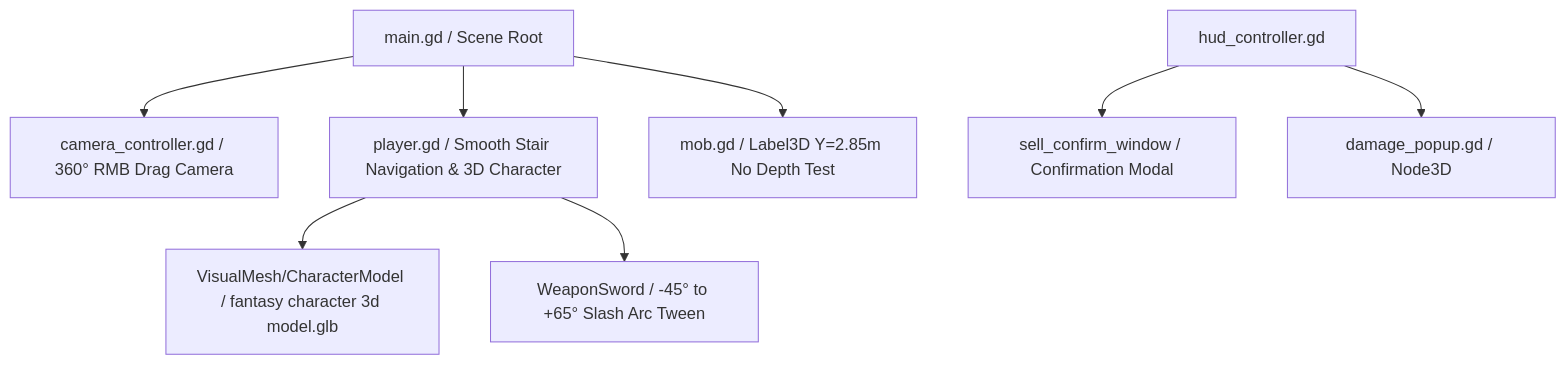
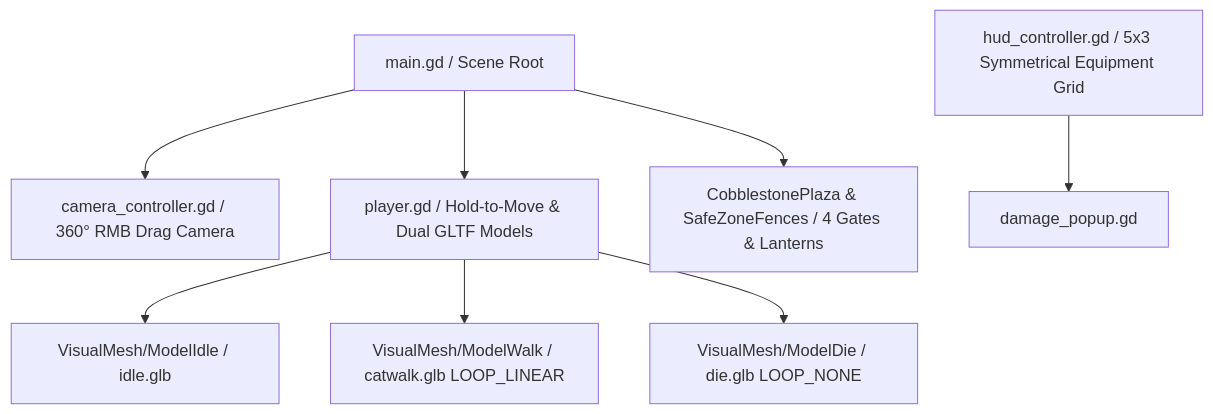
Before and after one commit to CristoferBernado/Aeon-Fantasy: the diagram in CONTEXT.md, drawn with Mermaid. The commit also changed other lines of this file and 13 other files, not shown here.

````diff
--- a/CONTEXT.md
+++ b/CONTEXT.md
@@ -11,10 +11,10 @@
 ```mermaid
 graph TD
     Main[main.gd / Scene Root] --> CameraRig[camera_controller.gd / 360° RMB Drag Camera]
-    Main --> Player[player.gd / Smooth Stair Navigation & 3D Character]
-    Player --> CharacterModel[VisualMesh/CharacterModel / fantasy character 3d model.glb]
-    Player --> SwordSlash[WeaponSword / -45° to +65° Slash Arc Tween]
-    Main --> SaeronBoss[mob.gd / Label3D Y=2.85m No Depth Test]
-    HUD[hud_controller.gd] --> SellConfirmDialog[sell_confirm_window / Confirmation Modal]
-    HUD --> DamagePopup[damage_popup.gd / Node3D]
+    Main --> Player[player.gd / Hold-to-Move & Dual GLTF Models]
+    Player --> ModelIdle[VisualMesh/ModelIdle / idle.glb]
+    Player --> ModelWalk[VisualMesh/ModelWalk / catwalk.glb LOOP_LINEAR]
+    Player --> ModelDie[VisualMesh/ModelDie / die.glb LOOP_NONE]
+    Main --> SafeZone[CobblestonePlaza & SafeZoneFences / 4 Gates & Lanterns]
+    HUD[hud_controller.gd / 5x3 Symmetrical Equipment Grid] --> DamagePopup[damage_popup.gd]
 ```
````
